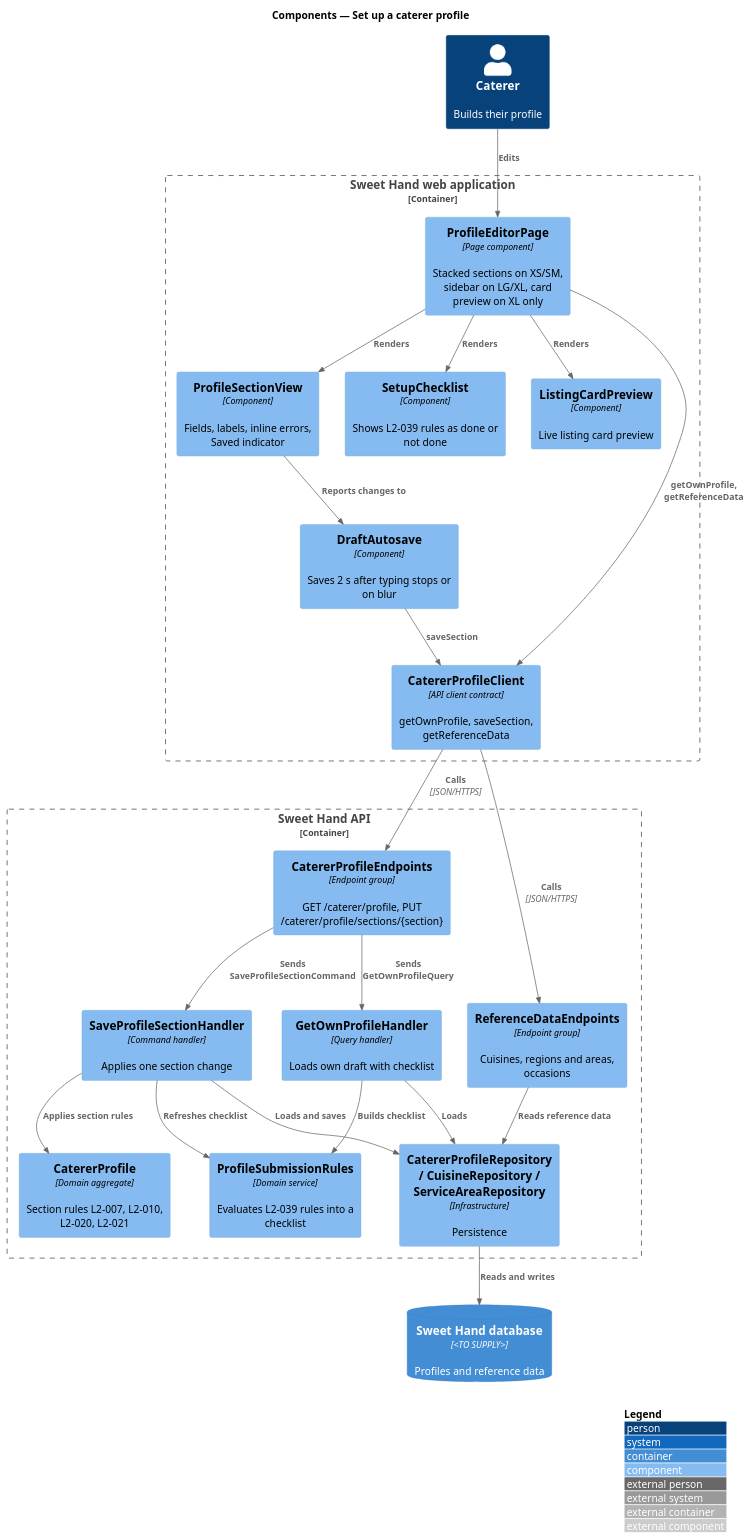
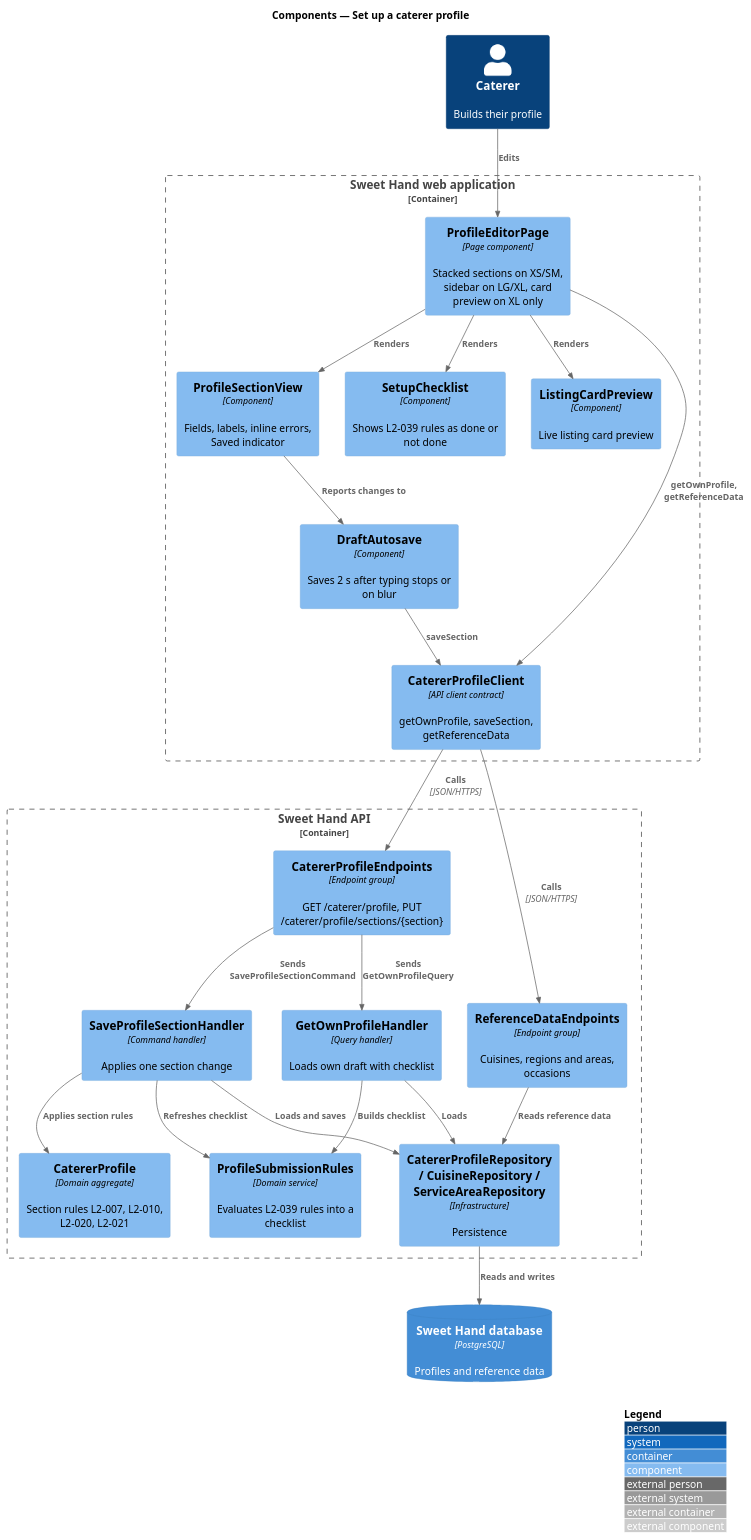
One commit to QuinntyneBrown/sweet-hand changed the diagram in docs/detailed-designs/caterer-profiles/set-up-profile/diagrams/c4-component.puml. Above: the diagram before and after it, drawn with PlantUML. The commit also changed 42 other files, not shown here.

```diff
--- a/docs/detailed-designs/caterer-profiles/set-up-profile/diagrams/c4-component.puml
+++ b/docs/detailed-designs/caterer-profiles/set-up-profile/diagrams/c4-component.puml
@@ -1,44 +1,44 @@
 @startuml
 !include <C4/C4_Component>
 LAYOUT_WITH_LEGEND()
 title Components — Set up a caterer profile
 
 Person(caterer, "Caterer", "Builds their profile")
 Container_Boundary(web, "Sweet Hand web application") {
   Component(page, "ProfileEditorPage", "Page component", "Stacked sections on XS/SM, sidebar on LG/XL, card preview on XL only")
   Component(section, "ProfileSectionView", "Component", "Fields, labels, inline errors, Saved indicator")
   Component(autosave, "DraftAutosave", "Component", "Saves 2 s after typing stops or on blur")
   Component(checklist, "SetupChecklist", "Component", "Shows L2-039 rules as done or not done")
   Component(preview, "ListingCardPreview", "Component", "Live listing card preview")
   Component(client, "CatererProfileClient", "API client contract", "getOwnProfile, saveSection, getReferenceData")
 }
 Container_Boundary(api, "Sweet Hand API") {
   Component(endpoints, "CatererProfileEndpoints", "Endpoint group", "GET /caterer/profile, PUT /caterer/profile/sections/{section}")
   Component(refEndpoints, "ReferenceDataEndpoints", "Endpoint group", "Cuisines, regions and areas, occasions")
   Component(getHandler, "GetOwnProfileHandler", "Query handler", "Loads own draft with checklist")
   Component(saveHandler, "SaveProfileSectionHandler", "Command handler", "Applies one section change")
   Component(aggregate, "CatererProfile", "Domain aggregate", "Section rules L2-007, L2-010, L2-020, L2-021")
   Component(rules, "ProfileSubmissionRules", "Domain service", "Evaluates L2-039 rules into a checklist")
   Component(repos, "CatererProfileRepository / CuisineRepository / ServiceAreaRepository", "Infrastructure", "Persistence")
 }
-ContainerDb(db, "Sweet Hand database", "<TO SUPPLY>", "Profiles and reference data")
+ContainerDb(db, "Sweet Hand database", "PostgreSQL", "Profiles and reference data")
 
 Rel(caterer, page, "Edits")
 Rel(page, section, "Renders")
 Rel(section, autosave, "Reports changes to")
 Rel(page, checklist, "Renders")
 Rel(page, preview, "Renders")
 Rel(autosave, client, "saveSection")
 Rel(page, client, "getOwnProfile, getReferenceData")
 Rel(client, endpoints, "Calls", "JSON/HTTPS")
 Rel(client, refEndpoints, "Calls", "JSON/HTTPS")
 Rel(endpoints, getHandler, "Sends GetOwnProfileQuery")
 Rel(endpoints, saveHandler, "Sends SaveProfileSectionCommand")
 Rel(saveHandler, aggregate, "Applies section rules")
 Rel(getHandler, rules, "Builds checklist")
 Rel(saveHandler, rules, "Refreshes checklist")
 Rel(getHandler, repos, "Loads")
 Rel(saveHandler, repos, "Loads and saves")
 Rel(refEndpoints, repos, "Reads reference data")
 Rel(repos, db, "Reads and writes")
 @enduml
```
